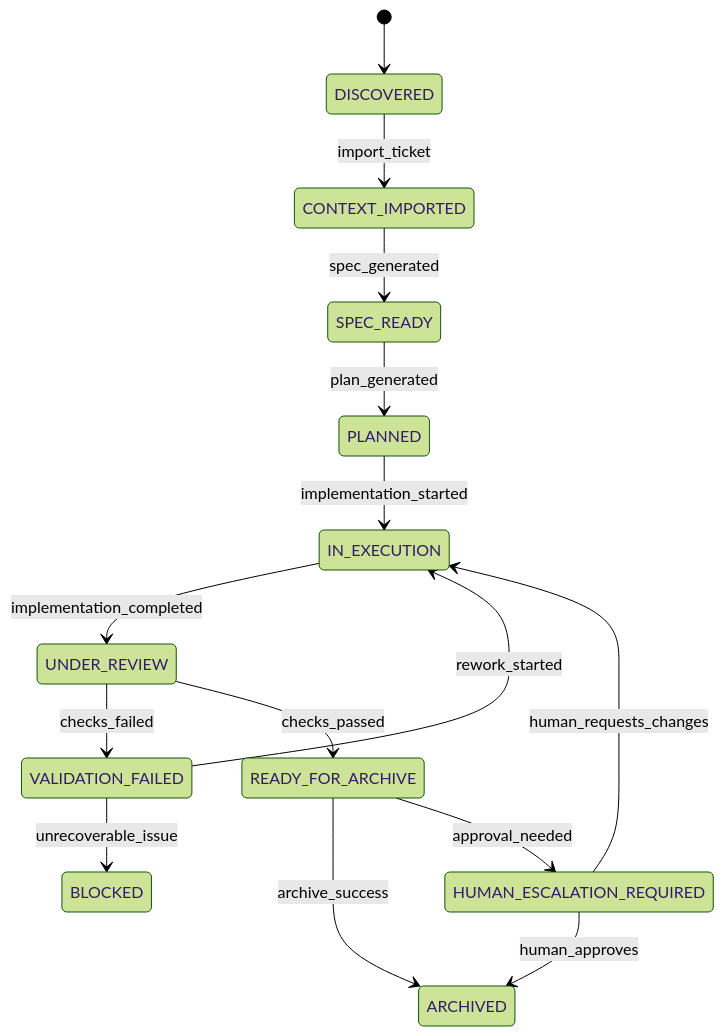
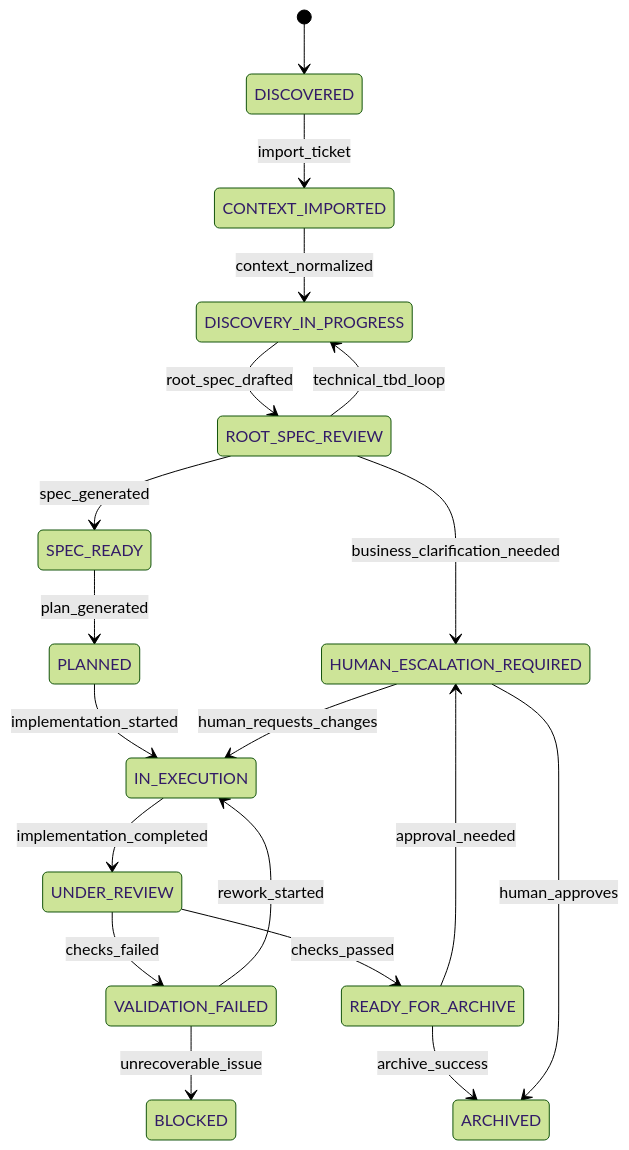
One commit to embrana/AutomateIA changed the first of 5 diagrams in docs/agentic-runtime/STATE-MACHINES.md. Above: the diagram before and after it, drawn with Mermaid (forest theme). The commit also changed other lines of this file and 27 other files, not shown here.

````diff
--- a/docs/agentic-runtime/STATE-MACHINES.md
+++ b/docs/agentic-runtime/STATE-MACHINES.md
@@ -51,17 +53,21 @@
 ```mermaid
 stateDiagram-v2
     [*] --> DISCOVERED
     DISCOVERED --> CONTEXT_IMPORTED: import_ticket
-    CONTEXT_IMPORTED --> SPEC_READY: spec_generated
+    CONTEXT_IMPORTED --> DISCOVERY_IN_PROGRESS: context_normalized
+    DISCOVERY_IN_PROGRESS --> ROOT_SPEC_REVIEW: root_spec_drafted
+    ROOT_SPEC_REVIEW --> DISCOVERY_IN_PROGRESS: technical_tbd_loop
+    ROOT_SPEC_REVIEW --> HUMAN_ESCALATION_REQUIRED: business_clarification_needed
+    ROOT_SPEC_REVIEW --> SPEC_READY: spec_generated
     SPEC_READY --> PLANNED: plan_generated
     PLANNED --> IN_EXECUTION: implementation_started
     IN_EXECUTION --> UNDER_REVIEW: implementation_completed
     UNDER_REVIEW --> VALIDATION_FAILED: checks_failed
     VALIDATION_FAILED --> IN_EXECUTION: rework_started
     UNDER_REVIEW --> READY_FOR_ARCHIVE: checks_passed
     READY_FOR_ARCHIVE --> ARCHIVED: archive_success
     READY_FOR_ARCHIVE --> HUMAN_ESCALATION_REQUIRED: approval_needed
     VALIDATION_FAILED --> BLOCKED: unrecoverable_issue
     HUMAN_ESCALATION_REQUIRED --> IN_EXECUTION: human_requests_changes
     HUMAN_ESCALATION_REQUIRED --> ARCHIVED: human_approves
 ```
````
